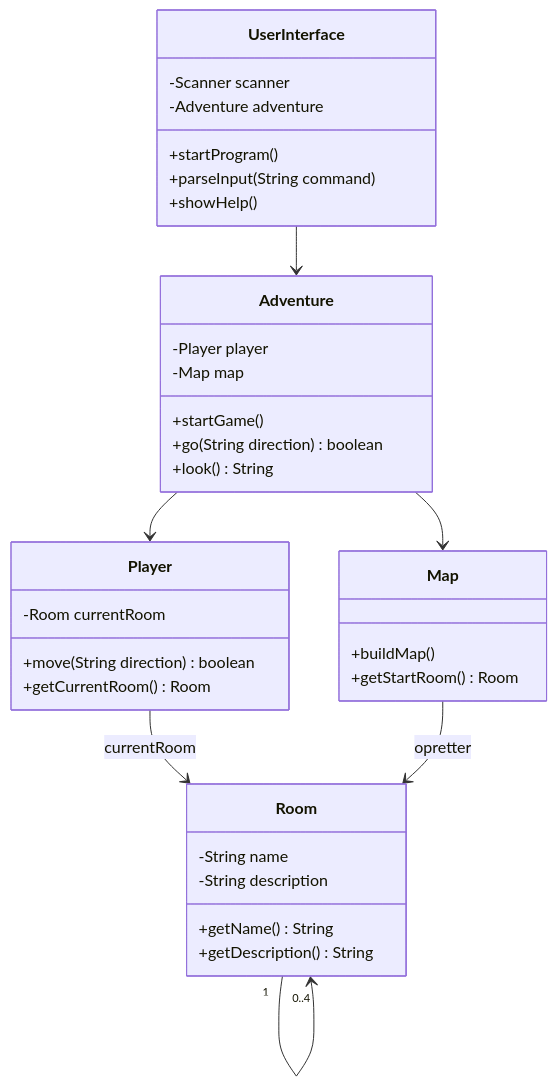
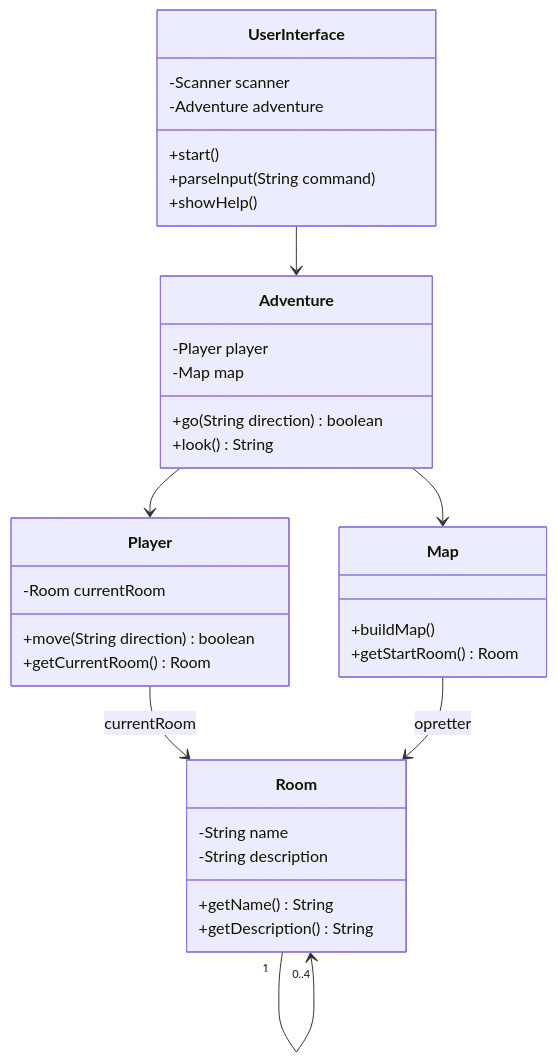
The diagram in 39/05_fre_2026-09-25/README.md (CheMical/DAT-GBG-DA-E26AB), drawn with Mermaid before and after one commit.

````diff
--- a/39/05_fre_2026-09-25/README.md
+++ b/39/05_fre_2026-09-25/README.md
@@ -229,39 +229,38 @@
 ```mermaid
 classDiagram
     class UserInterface {
         -Scanner scanner
         -Adventure adventure
-        +startProgram()
+        +start()
         +parseInput(String command)
         +showHelp()
     }
     class Adventure {
         -Player player
         -Map map
-        +startGame()
         +go(String direction) boolean
         +look() String
     }
     class Map {
         +buildMap()
         +getStartRoom() Room
     }
     class Player {
         -Room currentRoom
         +move(String direction) boolean
         +getCurrentRoom() Room
     }
     class Room {
         -String name
         -String description
         +getName() String
         +getDescription() String
     }
 
     UserInterface --> Adventure
     Adventure --> Map
     Adventure --> Player
     Player --> Room : currentRoom
     Map --> Room : opretter
     Room "1" --> "0..4" Room
 ```
````
